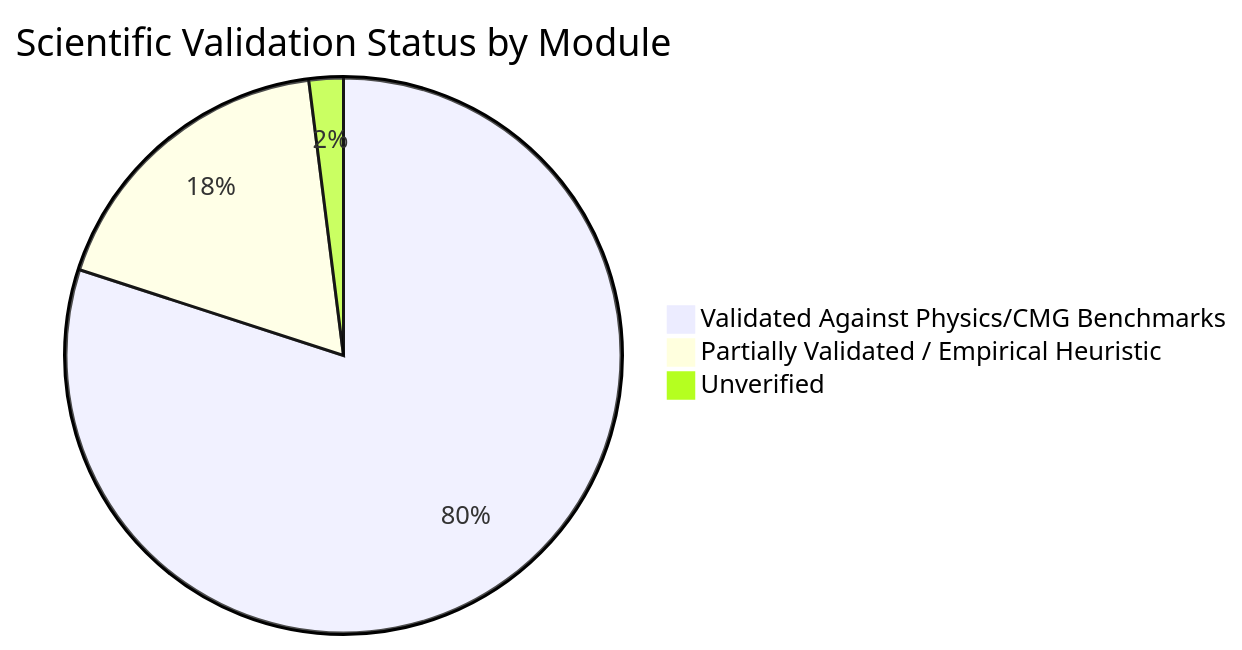
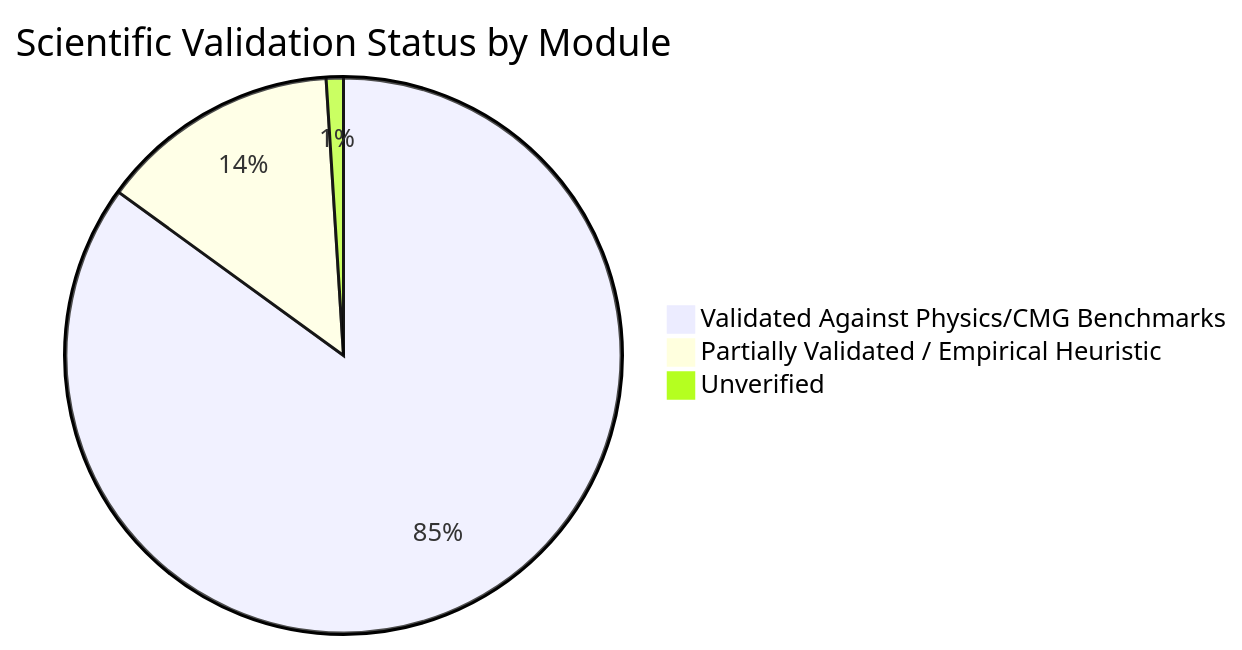
The diagram in agent_wiki/validation/validation_status.md (fgfalll/WAG_optimisation), drawn with Mermaid before and after one commit. The commit also changed other lines of this file and 87 other files, not shown here.

````diff
--- a/agent_wiki/validation/validation_status.md
+++ b/agent_wiki/validation/validation_status.md
@@ -24,6 +26,6 @@
 ```mermaid
 pie title Scientific Validation Status by Module
-    "Validated Against Physics/CMG Benchmarks" : 80
-    "Partially Validated / Empirical Heuristic" : 18
-    "Unverified" : 2
+    "Validated Against Physics/CMG Benchmarks" : 85
+    "Partially Validated / Empirical Heuristic" : 14
+    "Unverified" : 1
 ```
````
